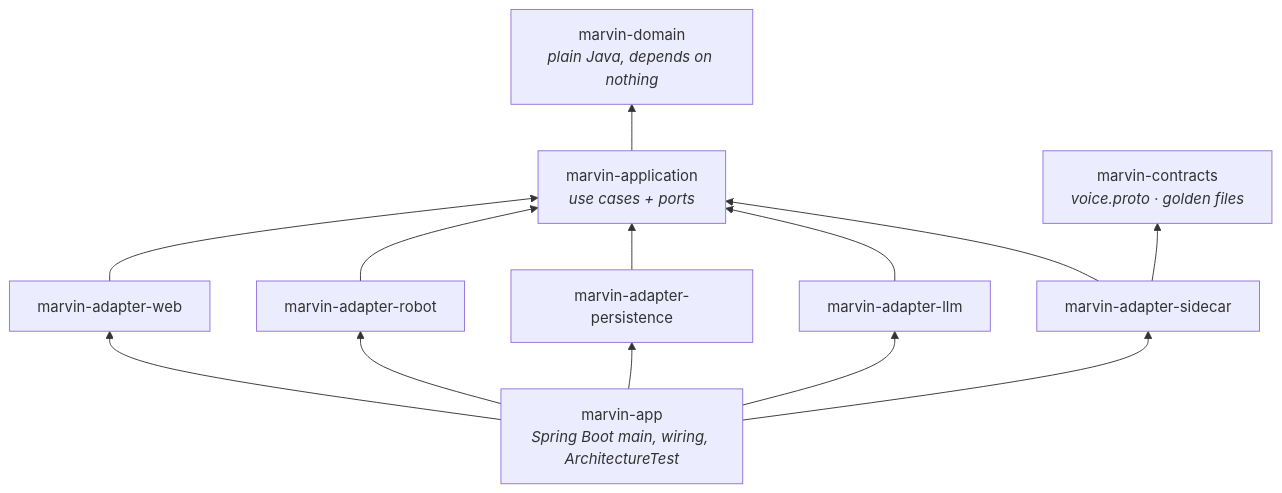
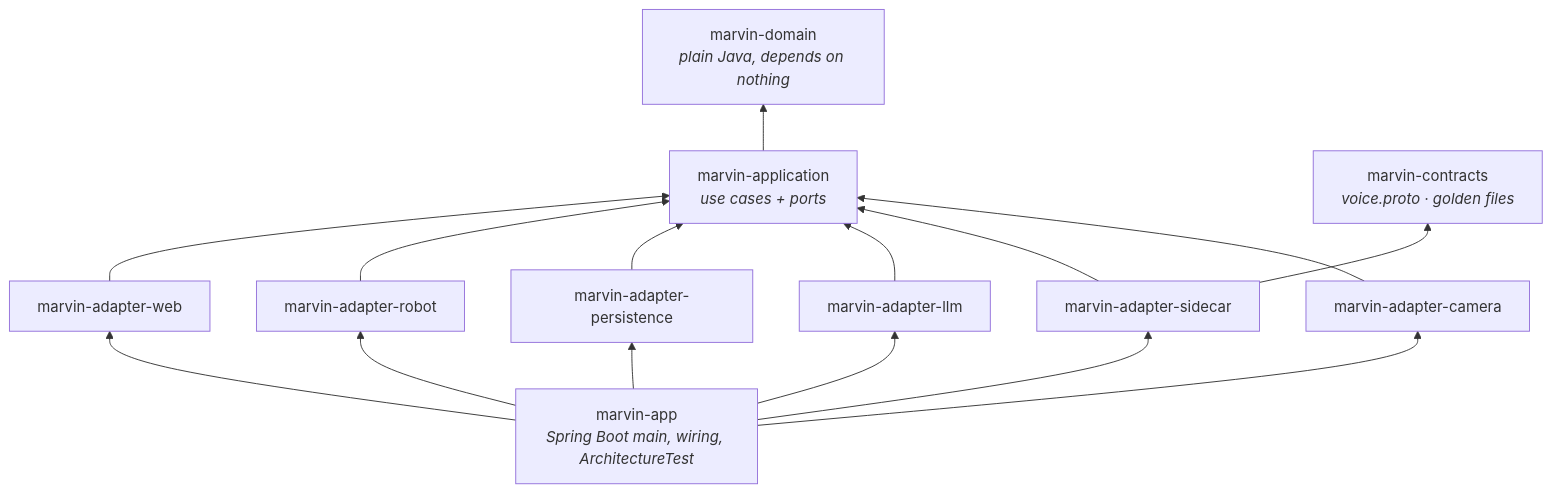
Before and after one commit to SebastienTr/Marvin: the second of 5 diagrams in host-java/README.md, drawn with Mermaid. The commit also changed other lines of this file and 8 other files, not shown here.

Commit message:
Docs: vision.md (Marvin looks when asked, on a Mac today), the camera in the voice, app, design and intelligence pages, the changelog and the engineering log

````diff
--- a/host-java/README.md
+++ b/host-java/README.md
@@ -97,25 +100,28 @@
 ```mermaid
 flowchart BT
     domain["marvin-domain<br/><i>plain Java, depends on nothing</i>"]
     application["marvin-application<br/><i>use cases + ports</i>"]
     web["marvin-adapter-web"]
     robot["marvin-adapter-robot"]
     persistence["marvin-adapter-persistence"]
     llm["marvin-adapter-llm"]
     sidecar["marvin-adapter-sidecar"]
+    camera["marvin-adapter-camera"]
     contracts["marvin-contracts<br/><i>voice.proto · golden files</i>"]
     appm["marvin-app<br/><i>Spring Boot main, wiring, ArchitectureTest</i>"]
 
     application --> domain
     web --> application
     robot --> application
     persistence --> application
     llm --> application
     sidecar --> application
     sidecar --> contracts
+    camera --> application
     appm --> web
     appm --> robot
     appm --> persistence
     appm --> llm
     appm --> sidecar
+    appm --> camera
 ```
````
